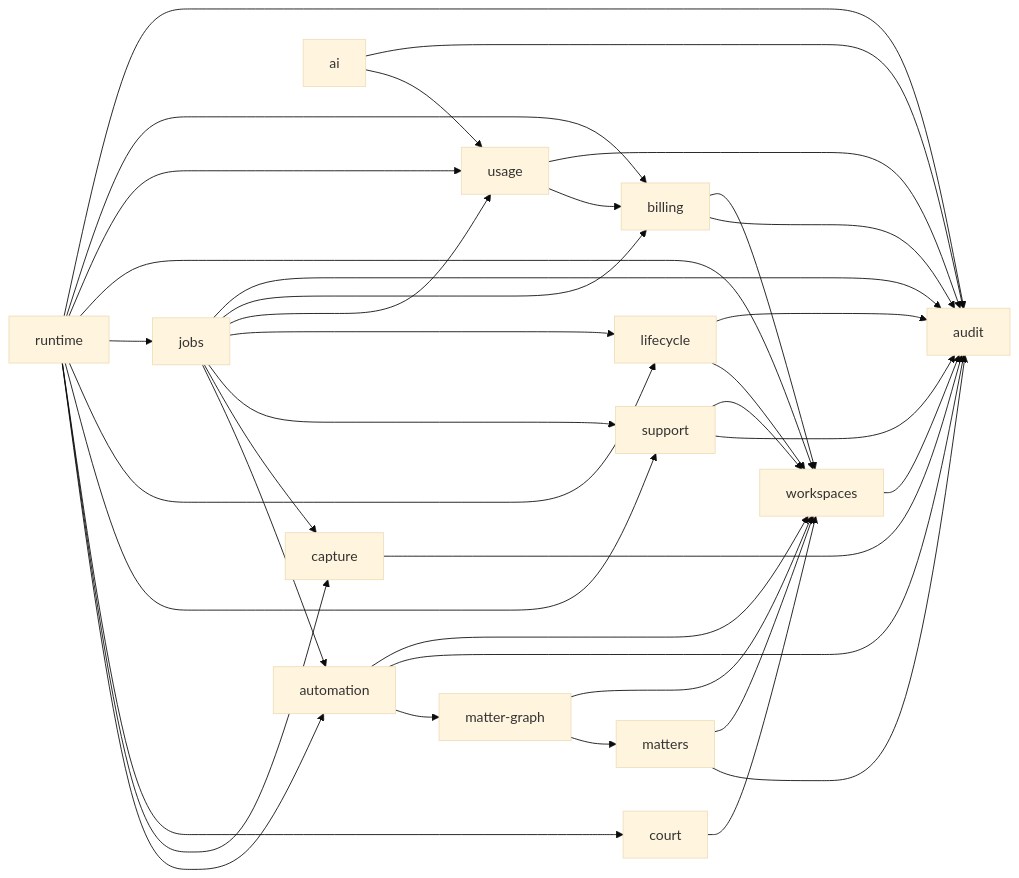
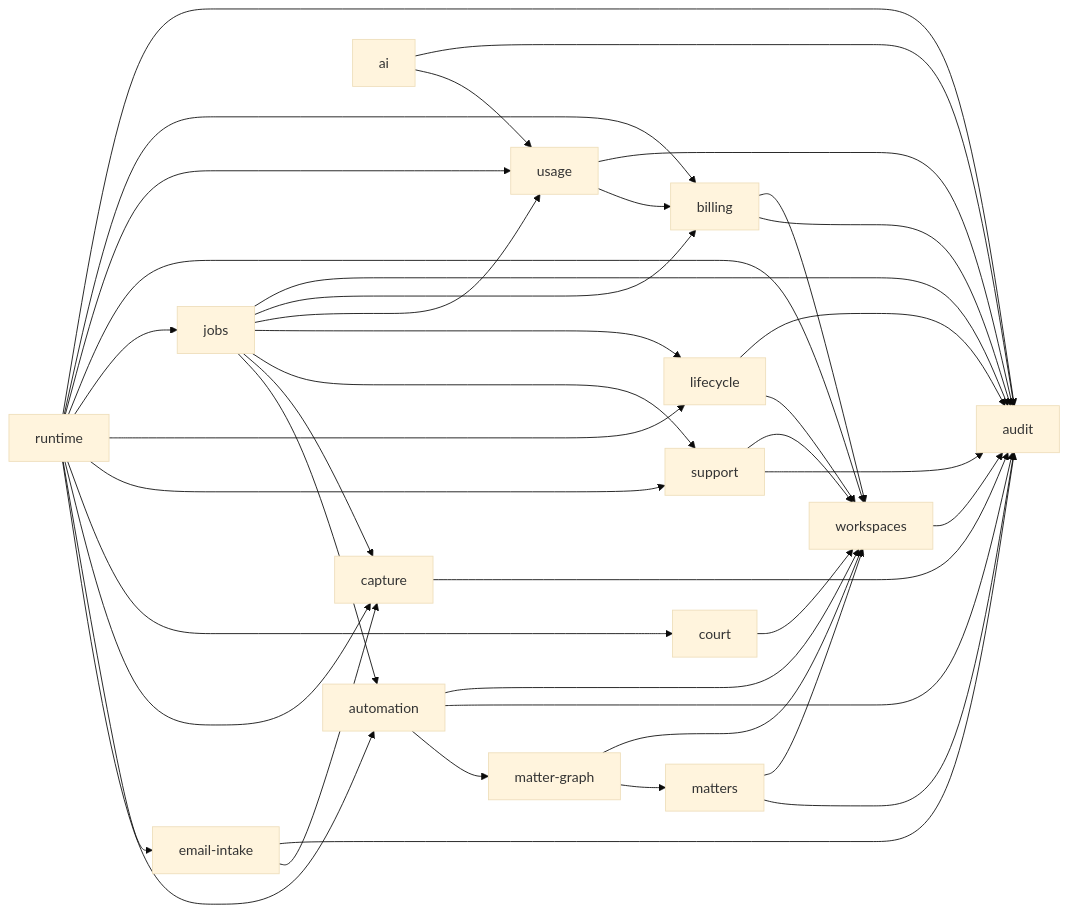
Before and after one commit to RapierCraftStudios/causedeck: the diagram in docs/engineering/core-domains.md, drawn with Mermaid (base theme). The commit also changed other lines of this file and 45 other files, not shown here.

````diff
--- a/docs/engineering/core-domains.md
+++ b/docs/engineering/core-domains.md
@@ -61,40 +62,43 @@
 ```mermaid
 graph LR
   workspaces --> audit
   matters --> workspaces
   matters --> audit
   court --> workspaces
   matter-graph --> workspaces
   matter-graph --> matters
   automation --> workspaces
   automation --> audit
   automation --> matter-graph
   billing --> workspaces
   billing --> audit
   usage --> audit
   usage --> billing
   ai --> audit
   ai --> usage
   lifecycle --> audit
   lifecycle --> workspaces
   support --> workspaces
   support --> audit
   capture --> audit
+  email-intake --> audit
+  email-intake --> capture
   jobs --> audit
   jobs --> billing
   jobs --> usage
   jobs --> lifecycle
   jobs --> support
   jobs --> capture
   jobs --> automation
   runtime --> audit
   runtime --> billing
   runtime --> usage
   runtime --> workspaces
   runtime --> jobs
   runtime --> lifecycle
   runtime --> support
   runtime --> court
   runtime --> capture
+  runtime --> email-intake
   runtime --> automation
 ```
````
